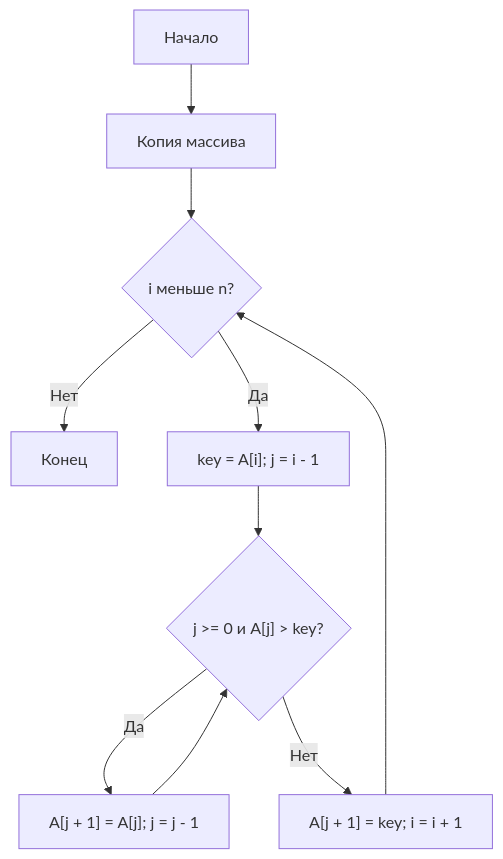
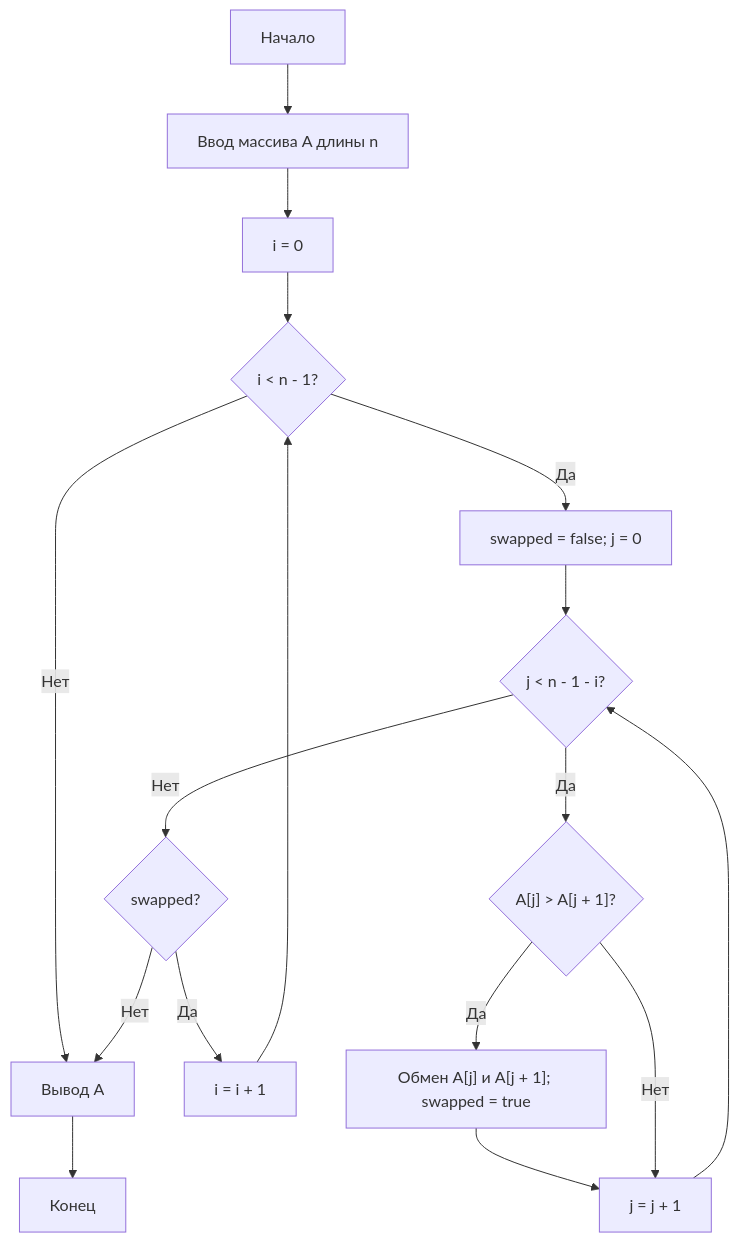
The first of 3 diagrams in ЛР2_Осипова_Анна_Алексеевна_Вариант_0/report.md (annyannnn/-2), drawn with Mermaid before and after one commit. The commit also changed other lines of this file, not shown here.

````diff
--- a/ЛР2_Осипова_Анна_Алексеевна_Вариант_0/report.md
+++ b/ЛР2_Осипова_Анна_Алексеевна_Вариант_0/report.md
@@ -15,12 +41,16 @@
 ```mermaid
 flowchart TD
-    A["Начало"] --> B["Копия массива"]
-    B --> C{"i меньше n?"}
-    C -->|"Нет"| Z["Конец"]
-    C -->|"Да"| D["key = A[i]; j = i - 1"]
-    D --> E{"j >= 0 и A[j] > key?"}
-    E -->|"Да"| F["A[j + 1] = A[j]; j = j - 1"]
-    F --> E
-    E -->|"Нет"| G["A[j + 1] = key; i = i + 1"]
-    G --> C
+    A["Начало"] --> B["Ввод массива A длины n"]
+    B --> C["i = 0"]
+    C --> D{"i < n - 1?"}
+    D -->|"Нет"| Z["Вывод A"] --> END["Конец"]
+    D -->|"Да"| E["swapped = false; j = 0"]
+    E --> F{"j < n - 1 - i?"}
+    F -->|"Нет"| K{"swapped?"}
+    K -->|"Нет"| Z
+    K -->|"Да"| L["i = i + 1"] --> D
+    F -->|"Да"| G{"A[j] > A[j + 1]?"}
+    G -->|"Да"| H["Обмен A[j] и A[j + 1]; swapped = true"] --> I["j = j + 1"]
+    G -->|"Нет"| I
+    I --> F
 ```
````
